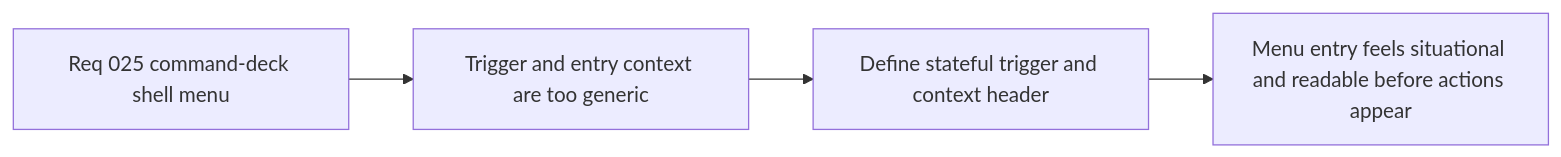
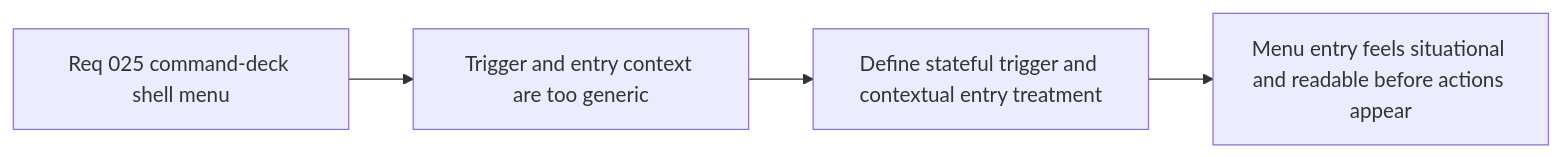
One commit to AlexAgo83/emberwake changed the diagram in logics/backlog/item_100_define_stateful_shell_menu_trigger_and_context_header_for_runtime_status.md. Above: the diagram before and after it, drawn with Mermaid. The commit also changed other lines of this file and 6 other files, not shown here.

````diff
--- a/logics/backlog/item_100_define_stateful_shell_menu_trigger_and_context_header_for_runtime_status.md
+++ b/logics/backlog/item_100_define_stateful_shell_menu_trigger_and_context_header_for_runtime_status.md
@@ -19,7 +19,7 @@
 ```mermaid
 %% logics-signature: backlog|define-a-stateful-shell-menu-trigger-and|req-025-define-a-command-deck-shell-menu|the-current-top-right-shell-trigger-is|ac1-the-slice-defines-a-stateful
 flowchart LR
     Req[Req 025 command-deck shell menu] --> Gap[Trigger and entry context are too generic]
-    Gap --> Slice[Define stateful trigger and context header]
+    Gap --> Slice[Define stateful trigger and contextual entry treatment]
     Slice --> Result[Menu entry feels situational and readable before actions appear]
 ```
````
